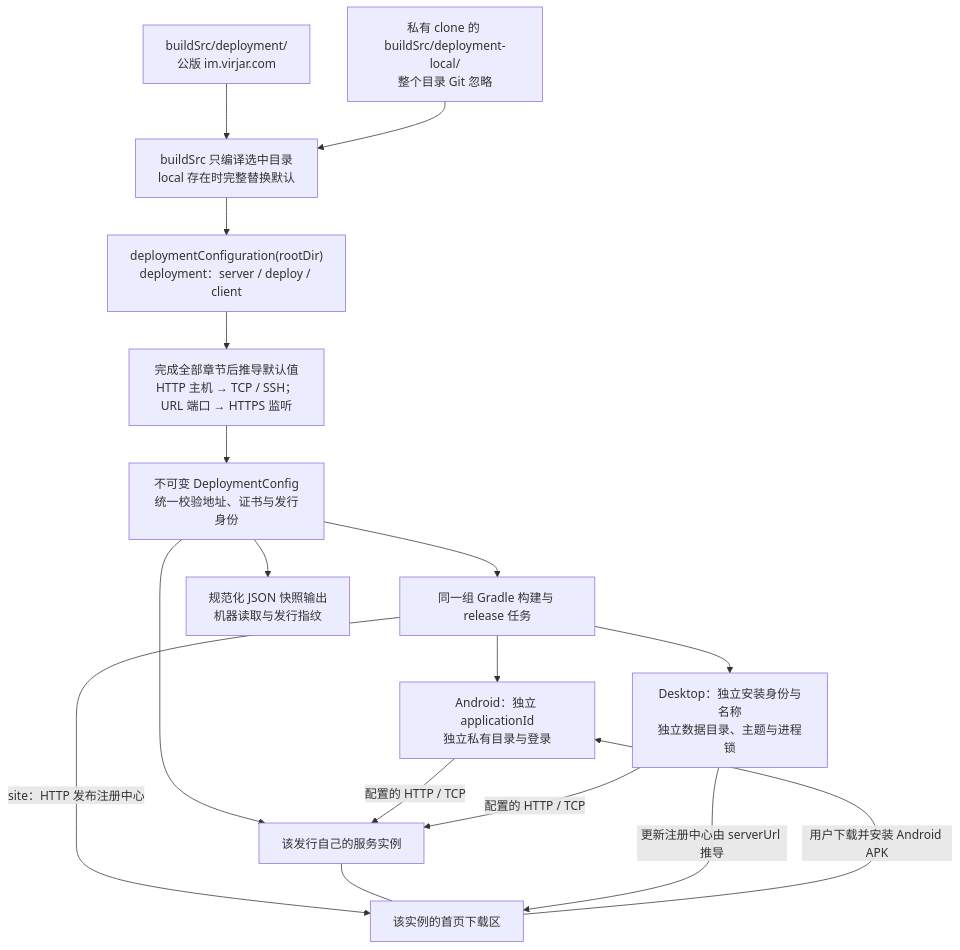
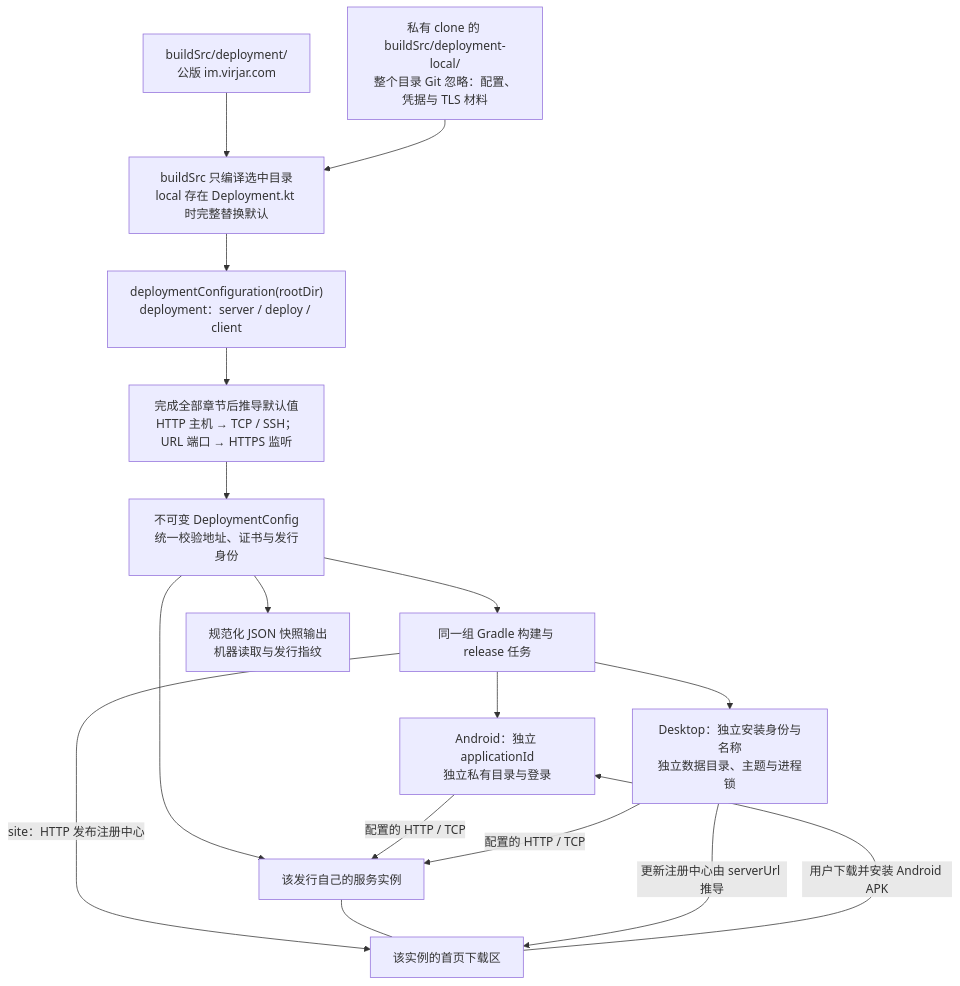
One commit to virjar/team-talk changed the diagram in doc/07-operations/configuration.md. Above: the diagram before and after it, drawn with Mermaid. The commit also changed other lines of this file and 19 other files, not shown here.

First line of the commit message:
build: 部署本机状态收敛到唯一目录 buildSrc/deployment-local

````diff
--- a/doc/07-operations/configuration.md
+++ b/doc/07-operations/configuration.md
@@ -109,19 +116,19 @@
 ```mermaid
 flowchart TD
-    Default["buildSrc/deployment/<br/>公版 im.virjar.com"] --> Select["buildSrc 只编译选中目录<br/>local 存在时完整替换默认"]
-    Local["私有 clone 的 buildSrc/deployment-local/<br/>整个目录 Git 忽略"] --> Select
+    Default["buildSrc/deployment/<br/>公版 im.virjar.com"] --> Select["buildSrc 只编译选中目录<br/>local 存在 Deployment.kt 时完整替换默认"]
+    Local["私有 clone 的 buildSrc/deployment-local/<br/>整个目录 Git 忽略：配置、凭据与 TLS 材料"] --> Select
     Select --> DSL["deploymentConfiguration(rootDir)<br/>deployment：server / deploy / client"]
     DSL --> Resolve["完成全部章节后推导默认值<br/>HTTP 主机 → TCP / SSH；URL 端口 → HTTPS 监听"]
     Resolve --> Config["不可变 DeploymentConfig<br/>统一校验地址、证书与发行身份"]
     Config --> Gradle["同一组 Gradle 构建与 release 任务"]
     Config --> Snapshot["规范化 JSON 快照输出<br/>机器读取与发行指纹"]
     Gradle --> Android["Android：独立 applicationId<br/>独立私有目录与登录"]
     Gradle --> Desktop["Desktop：独立安装身份与名称<br/>独立数据目录、主题与进程锁"]
     Config --> Node["该发行自己的服务实例"]
     Android -->|"配置的 HTTP / TCP"| Node
     Desktop -->|"配置的 HTTP / TCP"| Node
     Gradle -->|"site：HTTP 发布注册中心"| Downloads["该实例的首页下载区"]
     Node --- Downloads
     Downloads -->|"用户下载并安装 Android APK"| Android
     Desktop -->|"更新注册中心由 serverUrl 推导"| Downloads
 ```
````
